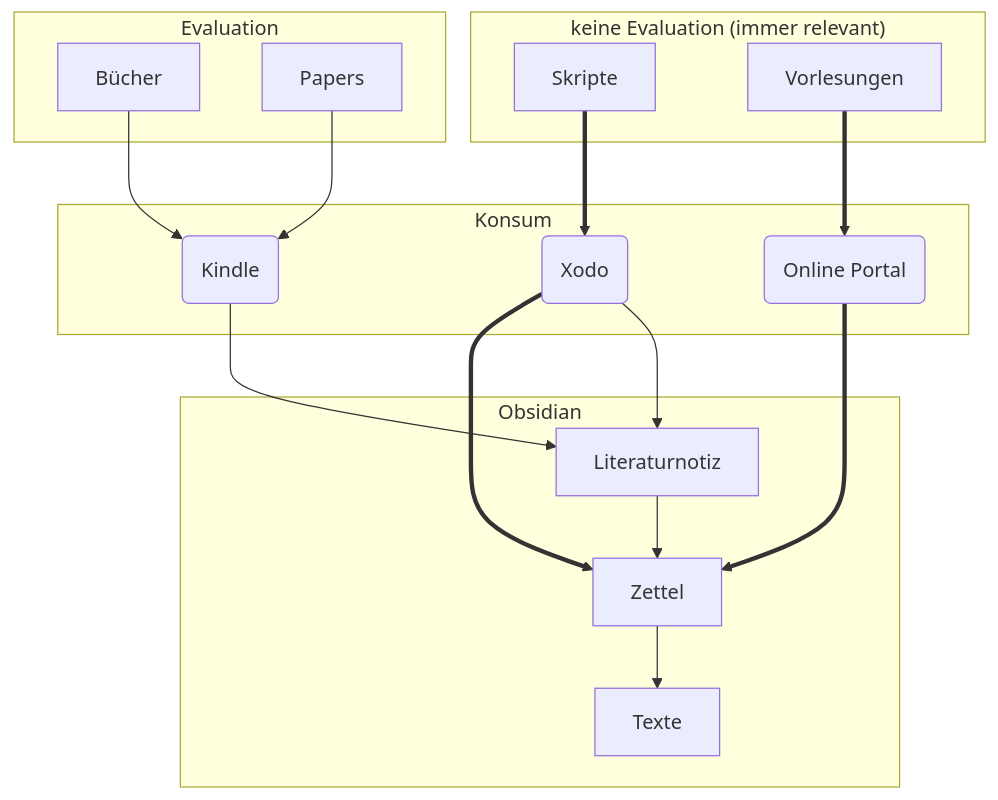
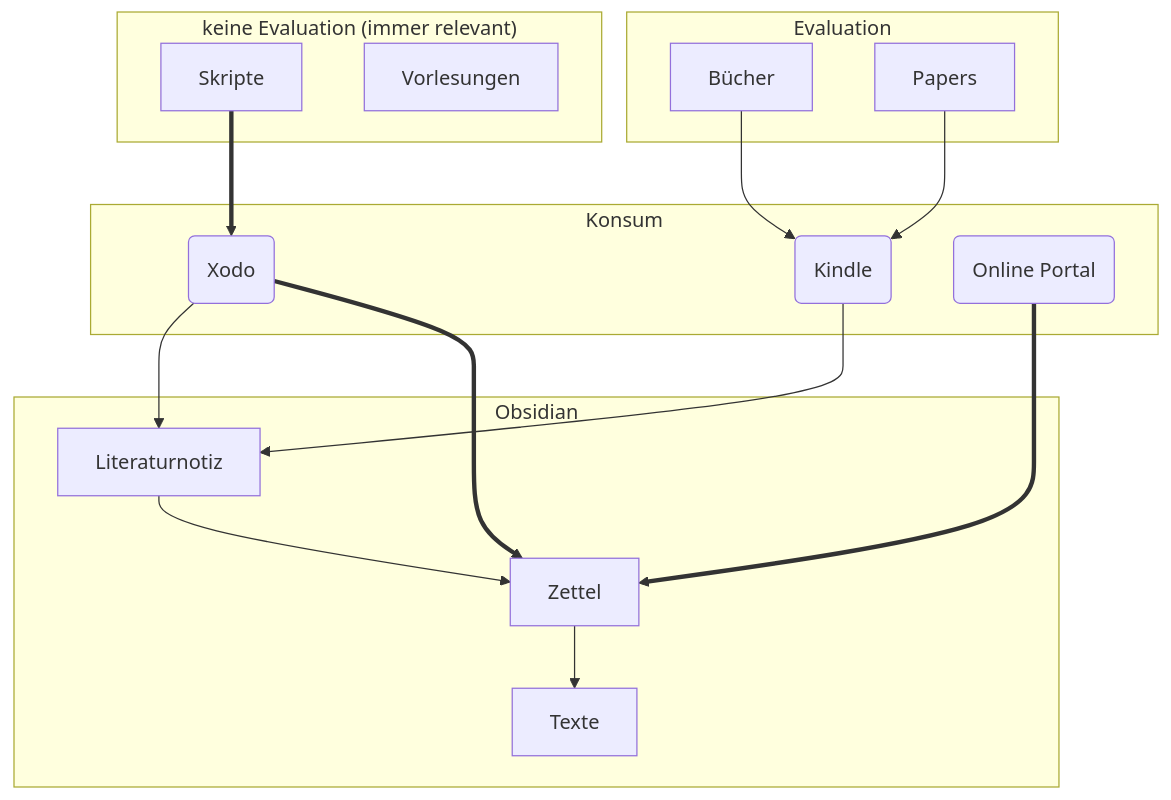
One commit to julianstoerig/zettelkasten changed the diagram in System/Informationsverarbeitung.md. Above: the diagram before and after it, drawn with Mermaid.

Commit message:
automatic version-control: 2021-01-14 14:01:38

````diff
--- a/System/Informationsverarbeitung.md
+++ b/System/Informationsverarbeitung.md
@@ -1,46 +1,45 @@
 ```mermaid
 flowchart TB;
 
 B[Bücher]
 S[Skripte]
 V[Vorlesungen]
 P[Papers]
 
 K(Kindle)
 X(Xodo)
 OP(Online Portal)
 
 L[Literaturnotiz]
 Z[Zettel]
 T[Texte]
 
 subgraph Evaluation
 	B
 	P
 end
 
 subgraph "keine Evaluation (immer relevant)"
 	S
 	V
 end
 
 B & P --> K 
 S ==> X
-V ==> OP
 
 subgraph Konsum
 	K
 	X
 	OP
 end
 
 K --> L
 X --> L
 X ==> Z
 OP ==> Z
 
 subgraph Obsidian	
 	L --> Z
 	Z --> T
 end
 ```
````
